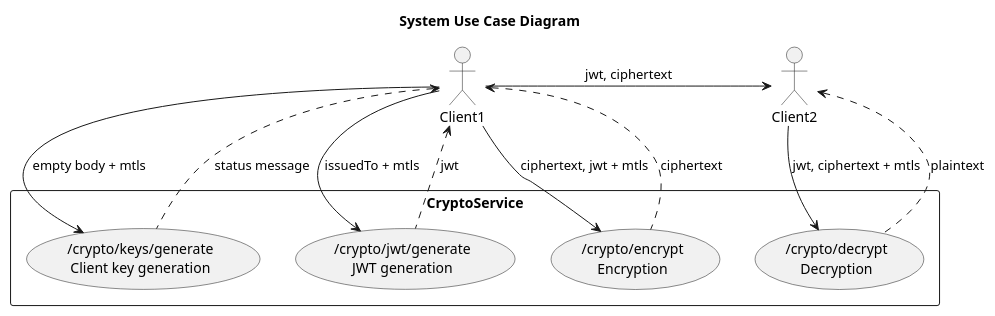
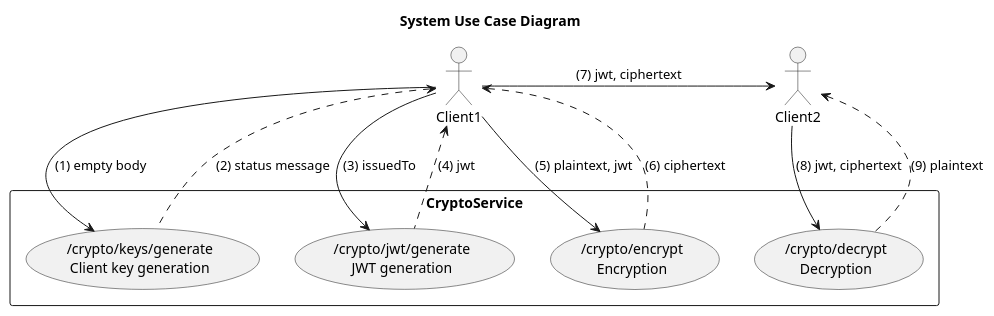
Before and after one commit to Marcey1611/Crypto-Microservice: the diagram in documentation/system/uml/system-use-case-diagramm.puml, drawn with PlantUML. The commit also changed 2 other files, not shown here.

Commit message:
continue writing readme, added an documentation overview and fixed some nameing in the sytsem-use-case-diagram

```diff
--- a/documentation/system/uml/system-use-case-diagramm.puml
+++ b/documentation/system/uml/system-use-case-diagramm.puml
@@ -1,27 +1,27 @@
 @startuml
 title System Use Case Diagram
 
 actor Client1
 actor Client2
 rectangle "CryptoService" {
     usecase "/crypto/keys/generate\nClient key generation" as UC1
     usecase "/crypto/jwt/generate\nJWT generation" as UC2
     usecase "/crypto/encrypt\nEncryption" as UC3
     usecase "/crypto/decrypt\nDecryption" as UC5
 }
 
-Client1 -down-> UC1 : empty body + mtls
-UC1 .up.> Client1 : status message
+Client1 -down-> UC1 : (1) empty body
+UC1 .up.> Client1 : (2) status message
 
-Client1 -down-> UC2 : issuedTo + mtls
-UC2 .up.> Client1 : jwt
+Client1 -down-> UC2 : (3) issuedTo
+UC2 .up.> Client1 : (4) jwt
 
-Client1 -down-> UC3 : ciphertext, jwt + mtls
-UC3 .up.> Client1 : ciphertext
+Client1 -down-> UC3 : (5) plaintext, jwt
+UC3 .up.> Client1 : (6) ciphertext
 
-Client1 -right-> Client2 : jwt, ciphertext
+Client1 -right-> Client2 : (7) jwt, ciphertext
 
-Client2 -down-> UC5 : jwt, ciphertext + mtls
-UC5 .up.> Client2 : plaintext
+Client2 -down-> UC5 : (8) jwt, ciphertext
+UC5 .up.> Client2 : (9) plaintext
 
 @enduml
```
